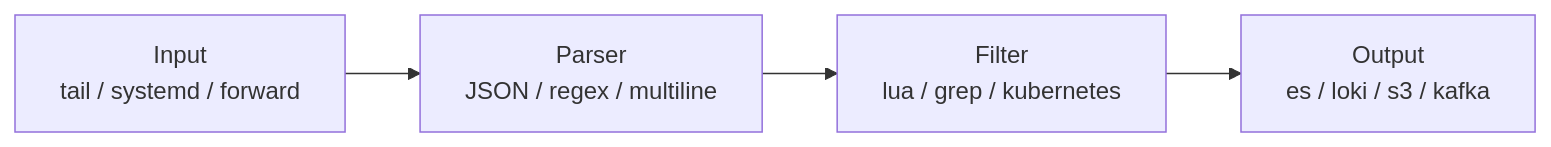
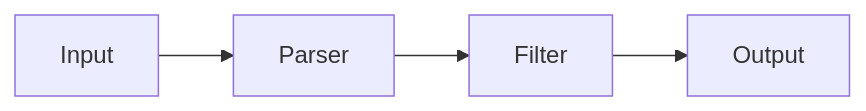
The second of 12 diagrams in content/linux/logging/log-management.md (moonblueblue/devops-wiki), drawn with Mermaid before and after one commit. The commit also changed other lines of this file and 12 other files, not shown here.

First line of the commit message:
style: linux 섹션 전체 ASCII art 제거 및 Mermaid 규칙 적용

````diff
--- a/content/linux/logging/log-management.md
+++ b/content/linux/logging/log-management.md
@@ -127,6 +105,6 @@
 ```mermaid
 flowchart LR
-    IN[Input\ntail / systemd / forward] --> PARSER[Parser\nJSON / regex / multiline]
-    PARSER --> FILTER[Filter\nlua / grep / kubernetes]
-    FILTER --> OUTPUT[Output\nes / loki / s3 / kafka]
+    IN[Input] --> PARSER[Parser]
+    PARSER --> FILTER[Filter]
+    FILTER --> OUTPUT[Output]
 ```
````
